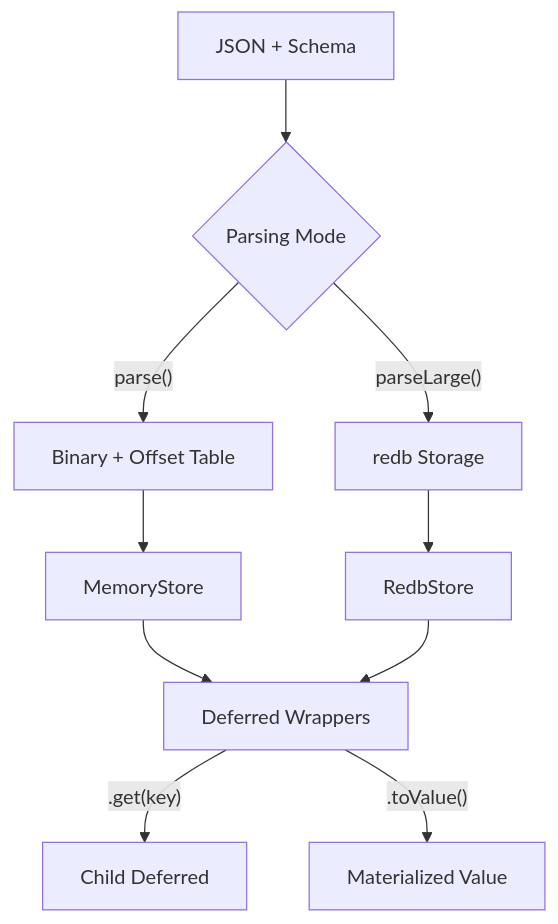
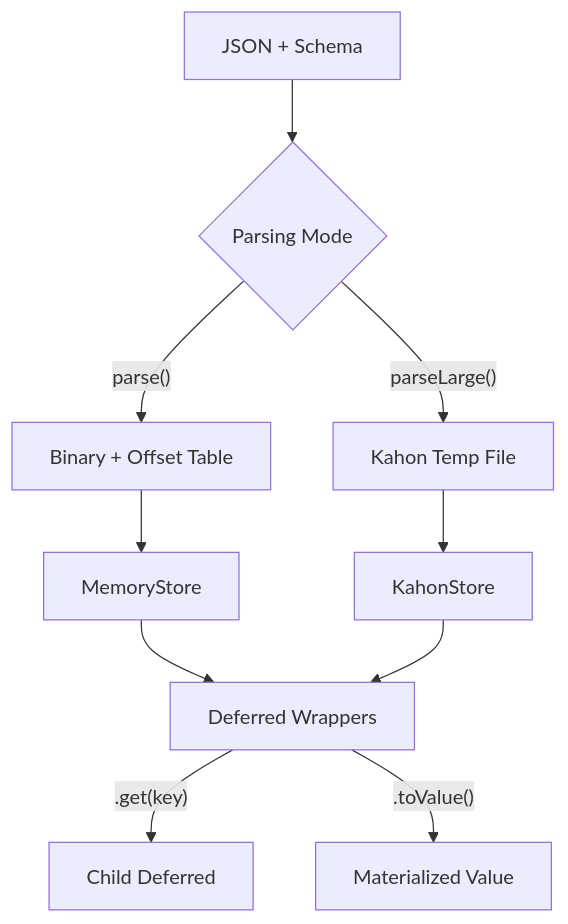
The diagram in docs/architecture/deferred-evaluation.md (jankdc/atchara), drawn with Mermaid before and after one commit. The commit also changed other lines of this file and 49 other files, not shown here.

````diff
--- a/docs/architecture/deferred-evaluation.md
+++ b/docs/architecture/deferred-evaluation.md
@@ -7,12 +7,12 @@
 ```mermaid
 flowchart TD
     A[JSON + Schema] --> B{Parsing Mode}
     B -->|"parse()"| C[Binary + Offset Table]
-    B -->|"parseLarge()"| D[redb Storage]
+    B -->|"parseLarge()"| D[Kahon Temp File]
     C --> E[MemoryStore]
-    D --> F[RedbStore]
+    D --> F[KahonStore]
     E --> G[Deferred Wrappers]
     F --> G
     G -->|".get(key)"| H[Child Deferred]
     G -->|".toValue()"| I[Materialized Value]
 ```
````
